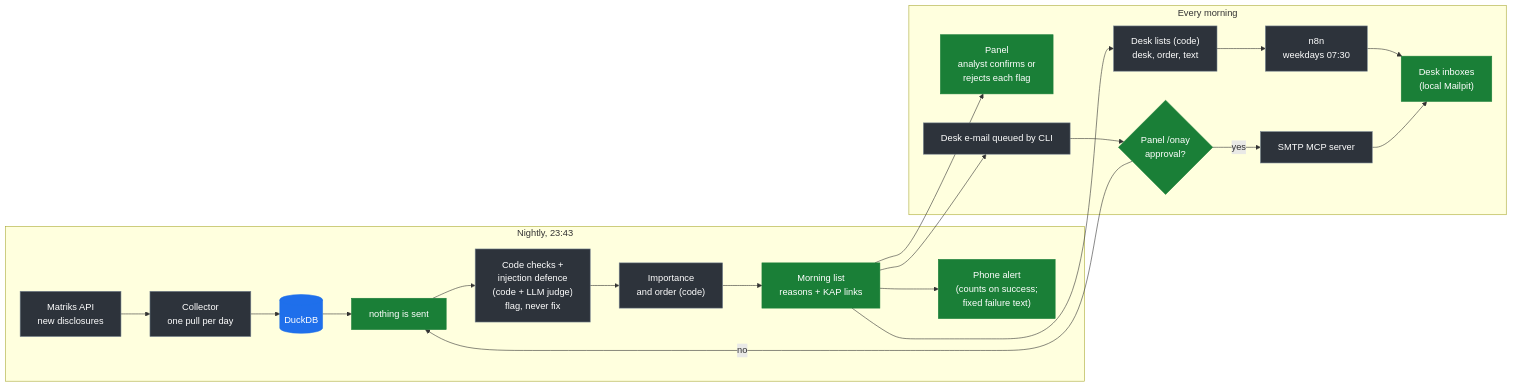
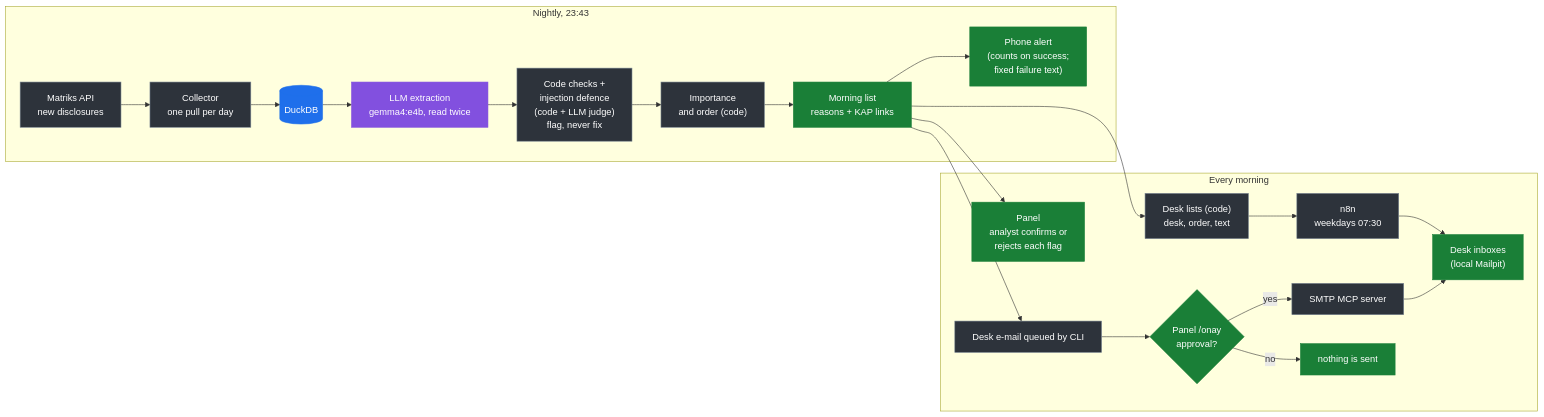
The first of 2 diagrams in README.md (sfeyzayildiz/kap-triage), drawn with Mermaid before and after one commit. The commit also changed 2 other files, not shown here.

Commit message:
Fix architecture diagram and Docker evidence packaging

````diff
--- a/README.md
+++ b/README.md
@@ -88,26 +88,26 @@
 ```mermaid
 flowchart LR
     classDef llm fill:#8250df,stroke:#8250df,color:#ffffff
     classDef code fill:#2d333b,stroke:#768390,color:#ffffff
     classDef store fill:#1f6feb,stroke:#1f6feb,color:#ffffff
     classDef out fill:#1a7f37,stroke:#1a7f37,color:#ffffff
 
     subgraph NIGHT["Nightly, 23:43"]
         M["Matriks API<br/>new disclosures"]:::code --> C["Collector<br/>one pull per day"]:::code --> DB[("DuckDB")]:::store
         DB --> X["LLM extraction<br/>gemma4:e4b, read twice"]:::llm
         X --> K["Code checks +<br/>injection defence<br/>(code + LLM judge)<br/>flag, never fix"]:::code
         K --> S["Importance<br/>and order (code)"]:::code
         S --> L["Morning list<br/>reasons + KAP links"]:::out
         L --> AL["Phone alert<br/>(counts on success;<br/>fixed failure text)"]:::out
     end
     subgraph MORNING["Every morning"]
         P["Panel<br/>analyst confirms or<br/>rejects each flag"]:::out
         API["Desk lists (code)<br/>desk, order, text"]:::code --> N["n8n<br/>weekdays 07:30"]:::code --> IN["Desk inboxes<br/>(local Mailpit)"]:::out
         OD["Desk e-mail queued by CLI"]:::code --> H{"Panel /onay<br/>approval?"}:::out
         H -- yes --> SMTP["SMTP MCP server"]:::code --> IN
-        H -- no --> X["nothing is sent"]:::out
+        H -- no --> NO["nothing is sent"]:::out
     end
     L --> P
     L --> API
     L --> OD
 ```
````
